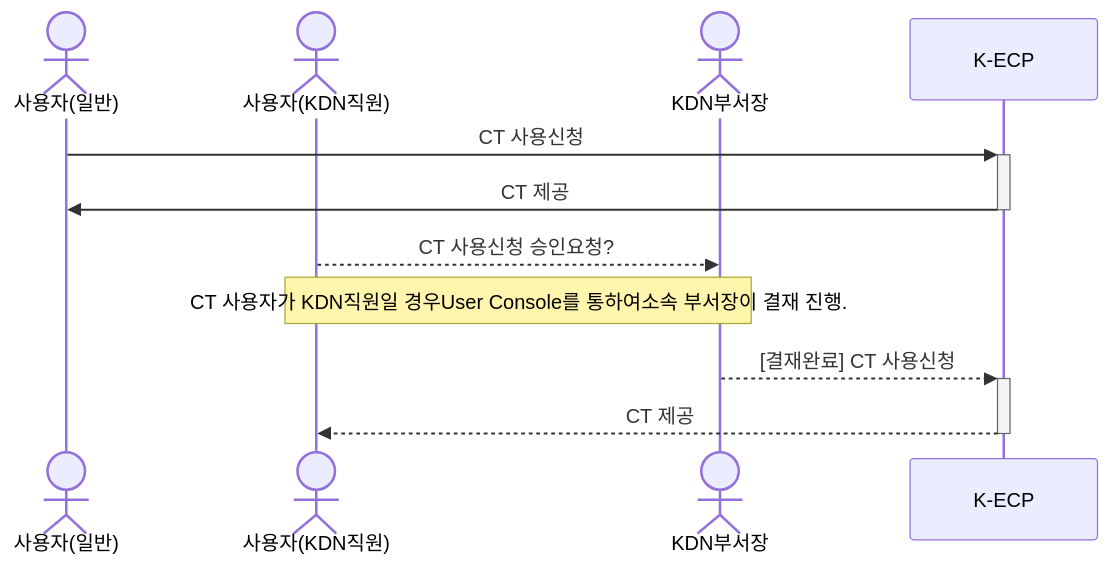
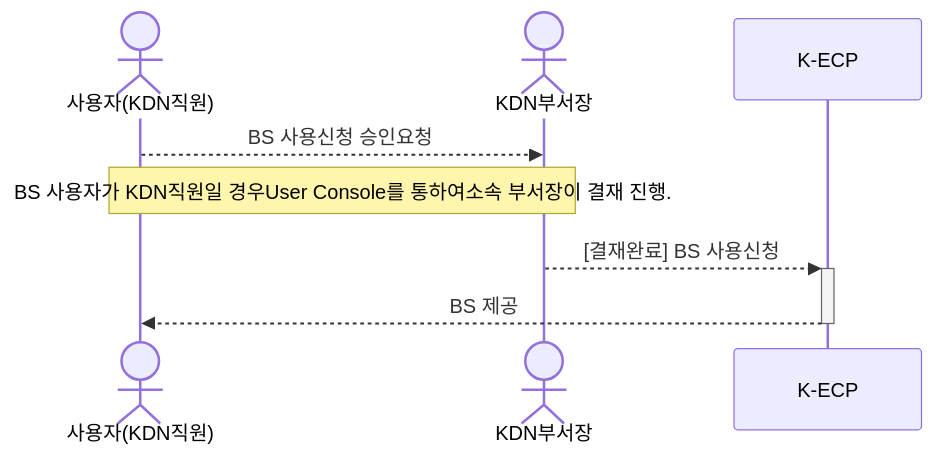
Before and after one commit to KDN-ECP/guidebooks: the first of 2 diagrams in mdfiles/BlockStorage_started.md, drawn with Mermaid. The commit also changed other lines of this file and 2 other files, not shown here.

````diff
--- a/mdfiles/BlockStorage_started.md
+++ b/mdfiles/BlockStorage_started.md
@@ -34,12 +36,9 @@
 ```mermaid
 sequenceDiagram
-  actor 사용자(일반)
   actor 사용자(KDN직원)
   actor KDN부서장
-  사용자(일반) ->>+ K-ECP: CT 사용신청
-  K-ECP ->>- 사용자(일반): CT 제공
-  사용자(KDN직원) -->> KDN부서장: CT 사용신청 승인요청?
-  Note over 사용자(KDN직원), KDN부서장: CT 사용자가 KDN직원일 경우User Console를 통하여소속 부서장이 결재 진행.
-  KDN부서장 -->>+ K-ECP: [결재완료] CT 사용신청
-  K-ECP -->>- 사용자(KDN직원): CT 제공
+  사용자(KDN직원) -->> KDN부서장: BS 사용신청 승인요청
+  Note over 사용자(KDN직원), KDN부서장: BS 사용자가 KDN직원일 경우User Console를 통하여소속 부서장이 결재 진행.
+  KDN부서장 -->>+ K-ECP: [결재완료] BS 사용신청
+  K-ECP -->>- 사용자(KDN직원): BS 제공
 ```
````
